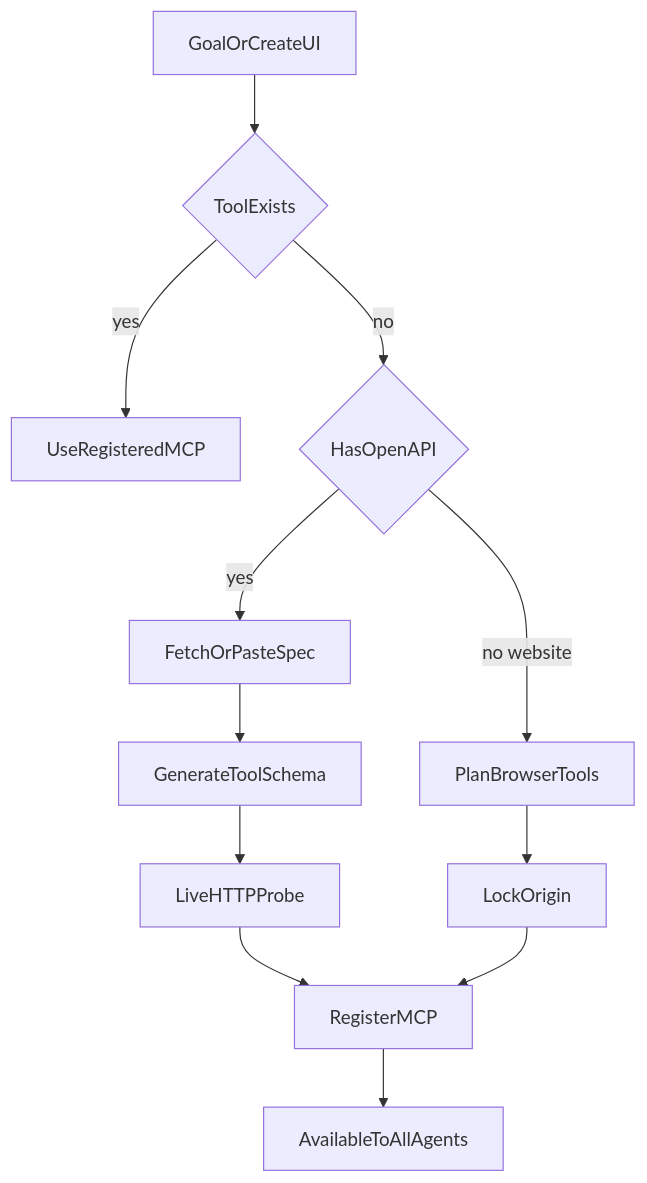
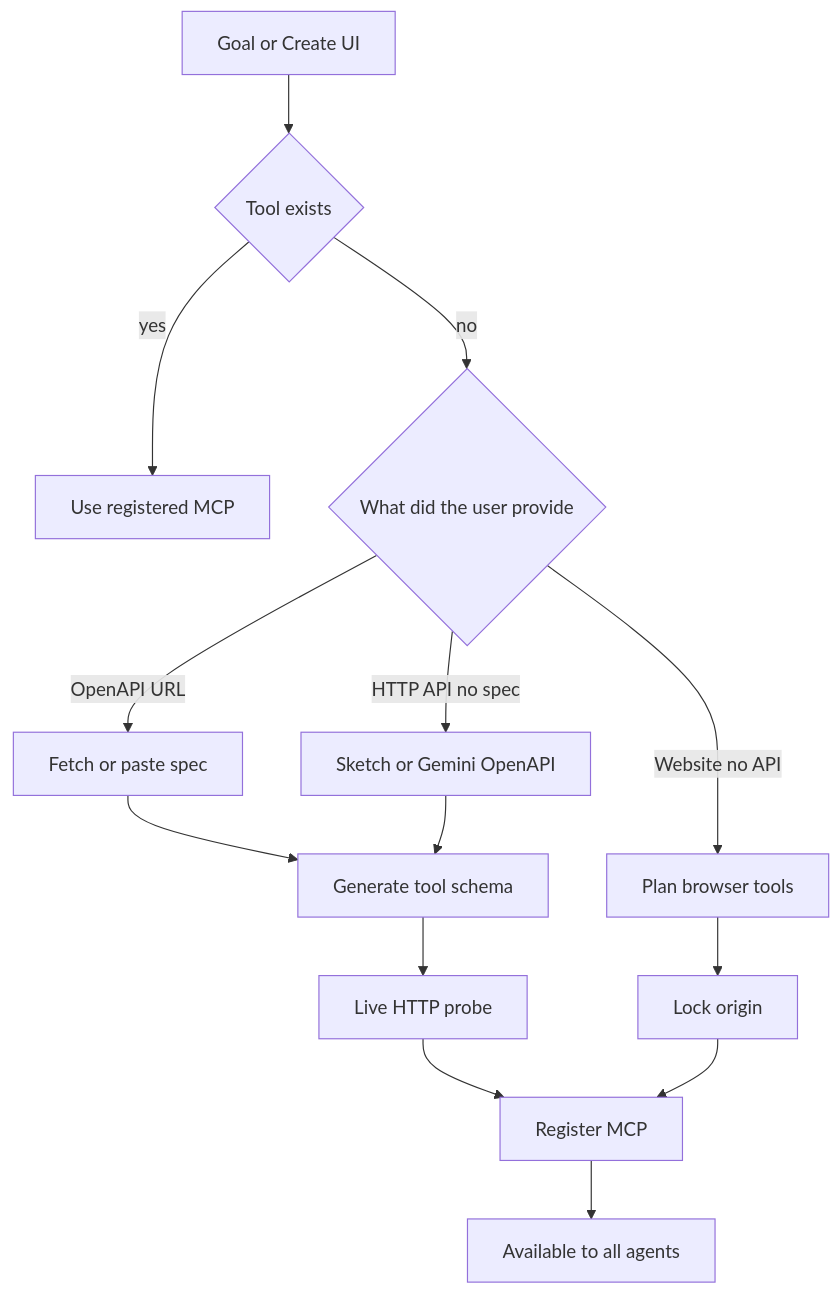
Before and after one commit to umangvijay/AgenticOS-Google-DEVPOST-: the diagram in docs/diagrams/06-dynamic-mcp-builder.md, drawn with Mermaid. The commit also changed 39 other files, not shown here.

First line of the commit message:
Ship chat MCP routing, live E2E, and Cloud Run secret docs.

````diff
--- a/docs/diagrams/06-dynamic-mcp-builder.md
+++ b/docs/diagrams/06-dynamic-mcp-builder.md
@@ -3,14 +3,16 @@
 ```mermaid
 flowchart TD
-  goal[GoalOrCreateUI] --> exists{ToolExists}
-  exists -->|yes| use[UseRegisteredMCP]
-  exists -->|no| kind{HasOpenAPI}
-  kind -->|yes| ingest[FetchOrPasteSpec]
-  ingest --> schema[GenerateToolSchema]
-  schema --> probe[LiveHTTPProbe]
-  probe --> register[RegisterMCP]
-  kind -->|no website| plan[PlanBrowserTools]
-  plan --> origin[LockOrigin]
+  goal[Goal or Create UI] --> exists{Tool exists}
+  exists -->|yes| use[Use registered MCP]
+  exists -->|no| kind{What did the user provide}
+  kind -->|OpenAPI URL| ingest[Fetch or paste spec]
+  ingest --> schema[Generate tool schema]
+  schema --> probe[Live HTTP probe]
+  probe --> register[Register MCP]
+  kind -->|HTTP API no spec| sketch[Sketch or Gemini OpenAPI]
+  sketch --> schema
+  kind -->|Website no API| plan[Plan browser tools]
+  plan --> origin[Lock origin]
   origin --> register
-  register --> catalog[AvailableToAllAgents]
+  register --> catalog[Available to all agents]
 ```
````
